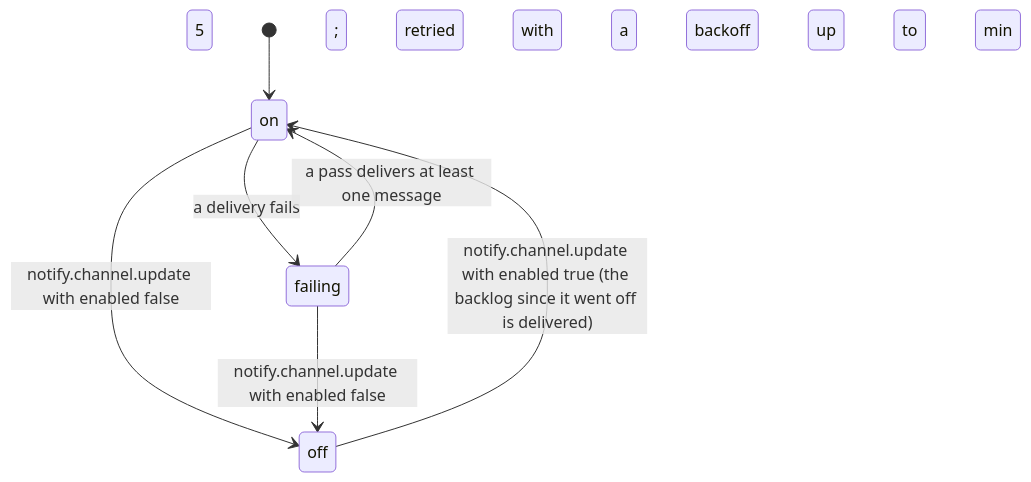
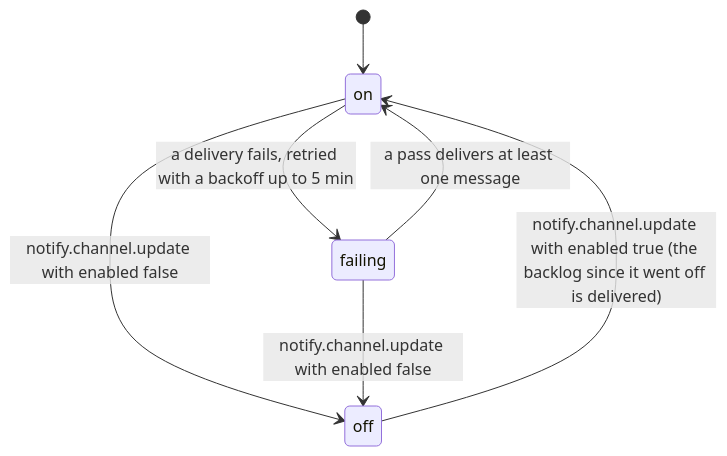
One commit to albatroxxx/zanskar changed diagram 22 of 23 in docs/lifecycles.md. Above: the diagram before and after it, drawn with Mermaid. The commit also changed other lines of this file and 2 other files, not shown here.

````diff
--- a/docs/lifecycles.md
+++ b/docs/lifecycles.md
@@ -449,9 +631,9 @@
 ```mermaid
 stateDiagram-v2
     [*] --> on
     on --> off: notify.channel.update with enabled false
     off --> on: notify.channel.update with enabled true (the backlog since it went off is delivered)
-    on --> failing: a delivery fails; retried with a backoff up to 5 min
+    on --> failing: a delivery fails, retried with a backoff up to 5 min
     failing --> on: a pass delivers at least one message
     failing --> off: notify.channel.update with enabled false
 ```
````
